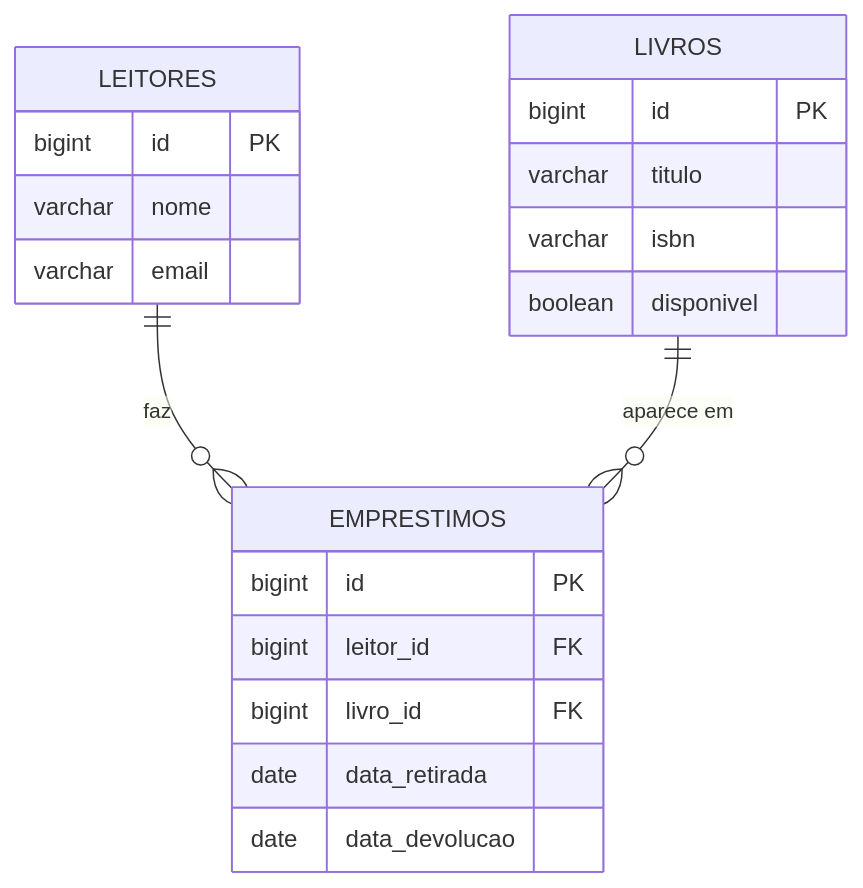
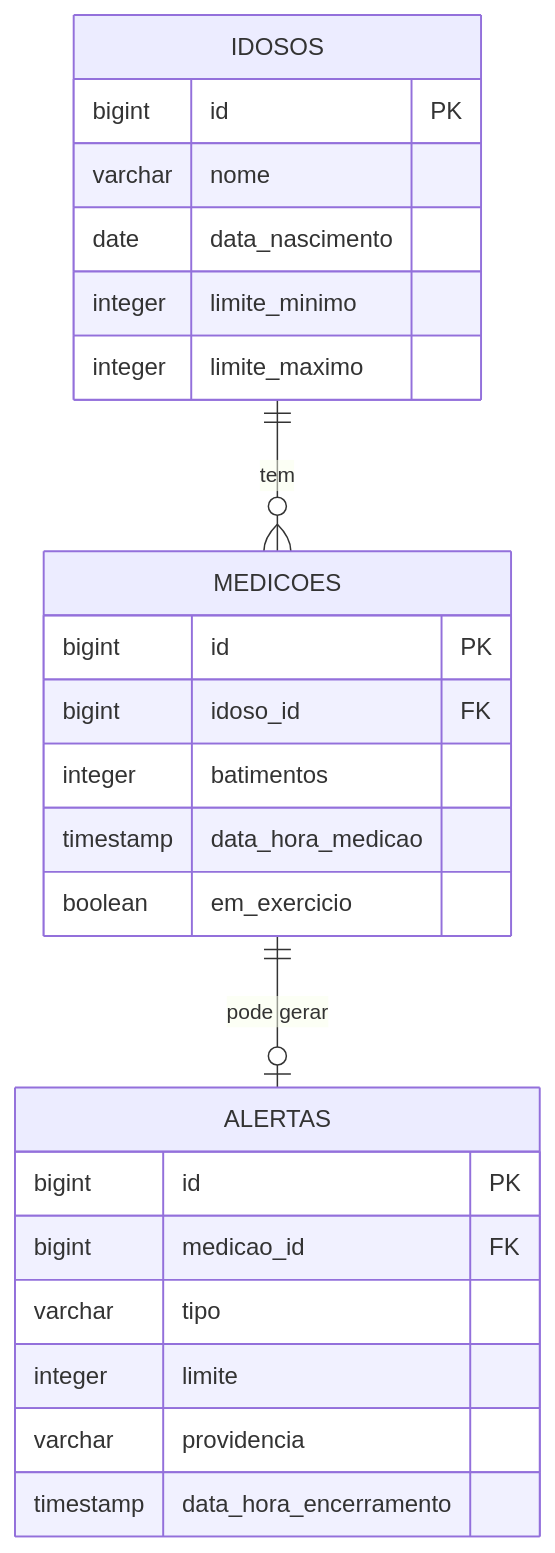
Before and after one commit to GabrieleSmoraes/vital-watch: the diagram in docs/modelo-de-dominio.md, drawn with Mermaid. The commit also changed other lines of this file and 1 other file, not shown here.

````diff
--- a/docs/modelo-de-dominio.md
+++ b/docs/modelo-de-dominio.md
@@ -50,24 +51,28 @@
 ```mermaid
 erDiagram
-    LEITORES ||--o{ EMPRESTIMOS : "faz"
-    LIVROS ||--o{ EMPRESTIMOS : "aparece em"
+    IDOSOS ||--o{ MEDICOES : "tem"
+    MEDICOES ||--o| ALERTAS : "pode gerar"
 
-    LEITORES {
+    IDOSOS {
         bigint id PK
         varchar nome
-        varchar email
+        date data_nascimento
+        integer limite_minimo
+        integer limite_maximo
     }
-    LIVROS {
+    MEDICOES {
         bigint id PK
-        varchar titulo
-        varchar isbn
-        boolean disponivel
+        bigint idoso_id FK
+        integer batimentos
+        timestamp data_hora_medicao
+        boolean em_exercicio
     }
-    EMPRESTIMOS {
+    ALERTAS {
         bigint id PK
-        bigint leitor_id FK
-        bigint livro_id FK
-        date data_retirada
-        date data_devolucao
+        bigint medicao_id FK
+        varchar tipo
+        integer limite
+        varchar providencia
+        timestamp data_hora_encerramento
     }
 ```
````
